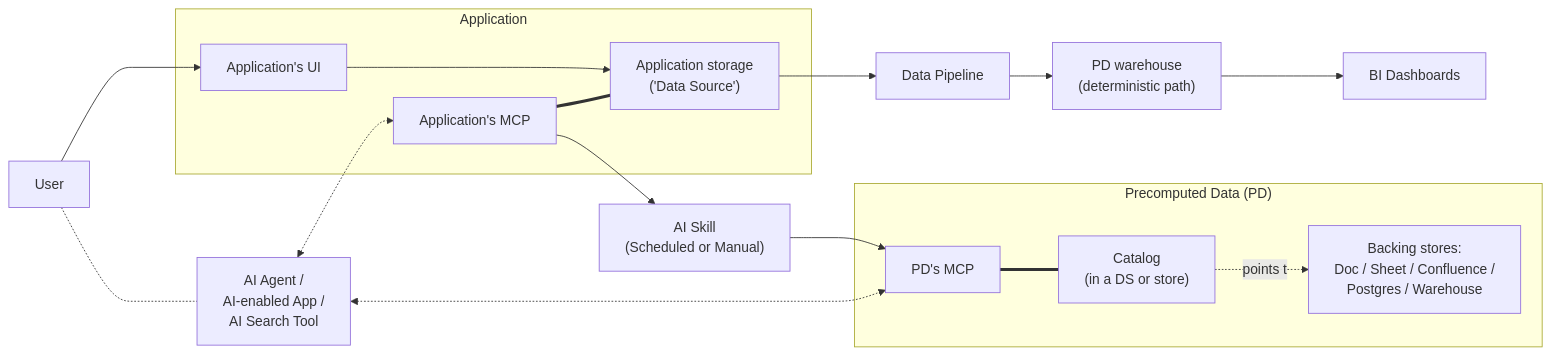
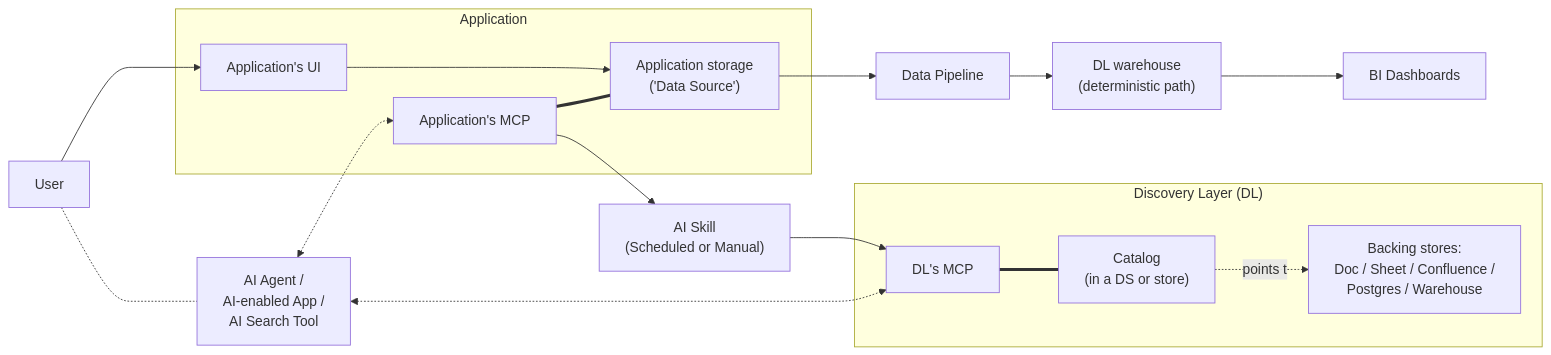
One commit to yoomlam/leverage-inst-knowl changed the first of 2 diagrams in lik-architecture.md. Above: the diagram before and after it, drawn with Mermaid. The commit also changed other lines of this file, not shown here.

First line of the commit message:
Reframe PD as Discovery Layer with pluggable stores and user-writable catalog

````diff
--- a/lik-architecture.md
+++ b/lik-architecture.md
@@ -179,26 +179,26 @@
 ```mermaid
 flowchart LR
   %% Overall Data Flow
 
   User[User] ---> DS_UI
 
   subgraph Application
     DS["Application storage <br/>('Data Source')"]
     DS_UI["Application's UI"] ---> DS
     DS_MCP["Application's MCP"] === DS
   end
 
-  DS --> Pipeline[Data Pipeline] --> Warehouse["PD warehouse<br/>(deterministic path)"]
+  DS --> Pipeline[Data Pipeline] --> Warehouse["DL warehouse<br/>(deterministic path)"]
   Warehouse --> BI[BI Dashboards]
 
-  DS_MCP --> Skill["AI Skill<br/>(Scheduled or Manual)"] --> PD_MCP
+  DS_MCP --> Skill["AI Skill<br/>(Scheduled or Manual)"] --> DL_MCP
 
-  subgraph Precomputed Data ["Precomputed Data (PD)"]
-    PD_MCP[PD's MCP] === Catalog["Catalog<br/>(in a DS or store)"]
+  subgraph DiscoveryLayer ["Discovery Layer (DL)"]
+    DL_MCP[DL's MCP] === Catalog["Catalog<br/>(in a DS or store)"]
     Catalog -.points to.-> Stores["Backing stores:<br/>Doc / Sheet / Confluence /<br/>Postgres / Warehouse"]
   end
 
   AI_App[AI Agent /<br/>AI-enabled App /<br/>AI Search Tool]
   User -.- AI_App
-  AI_App <-.-> DS_MCP & PD_MCP
+  AI_App <-.-> DS_MCP & DL_MCP
 ```
````
